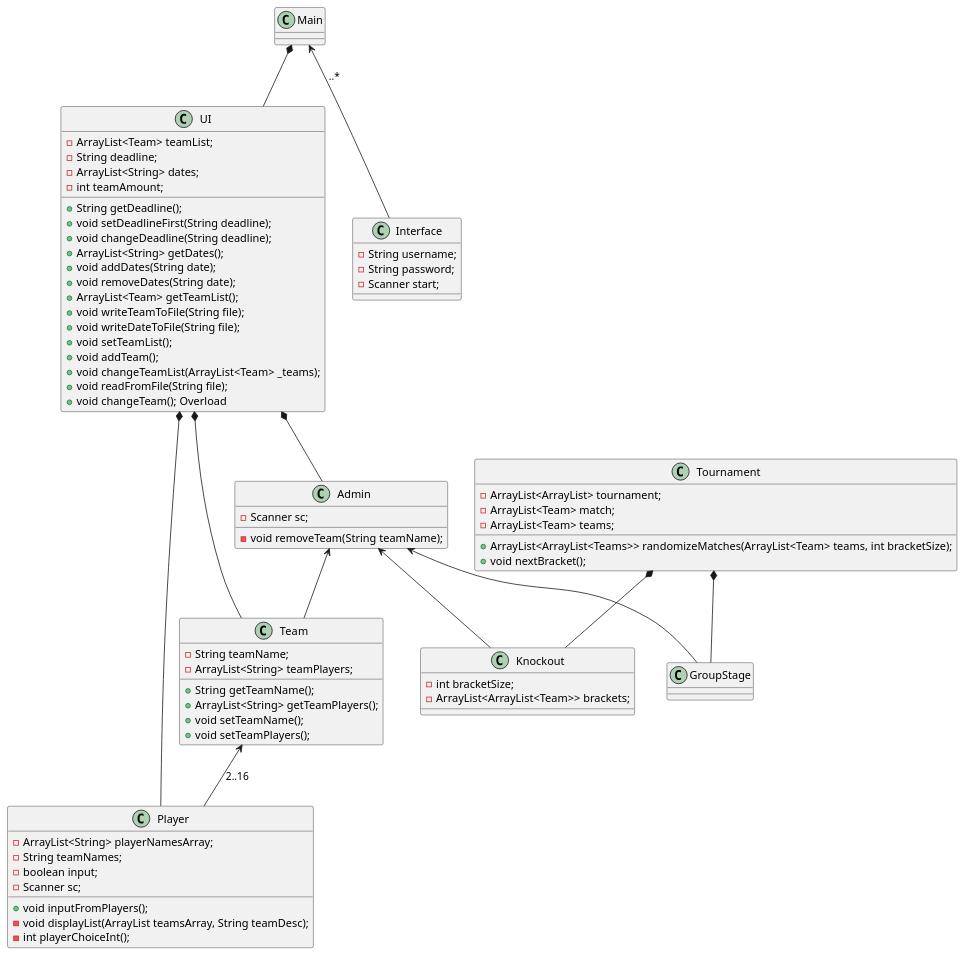
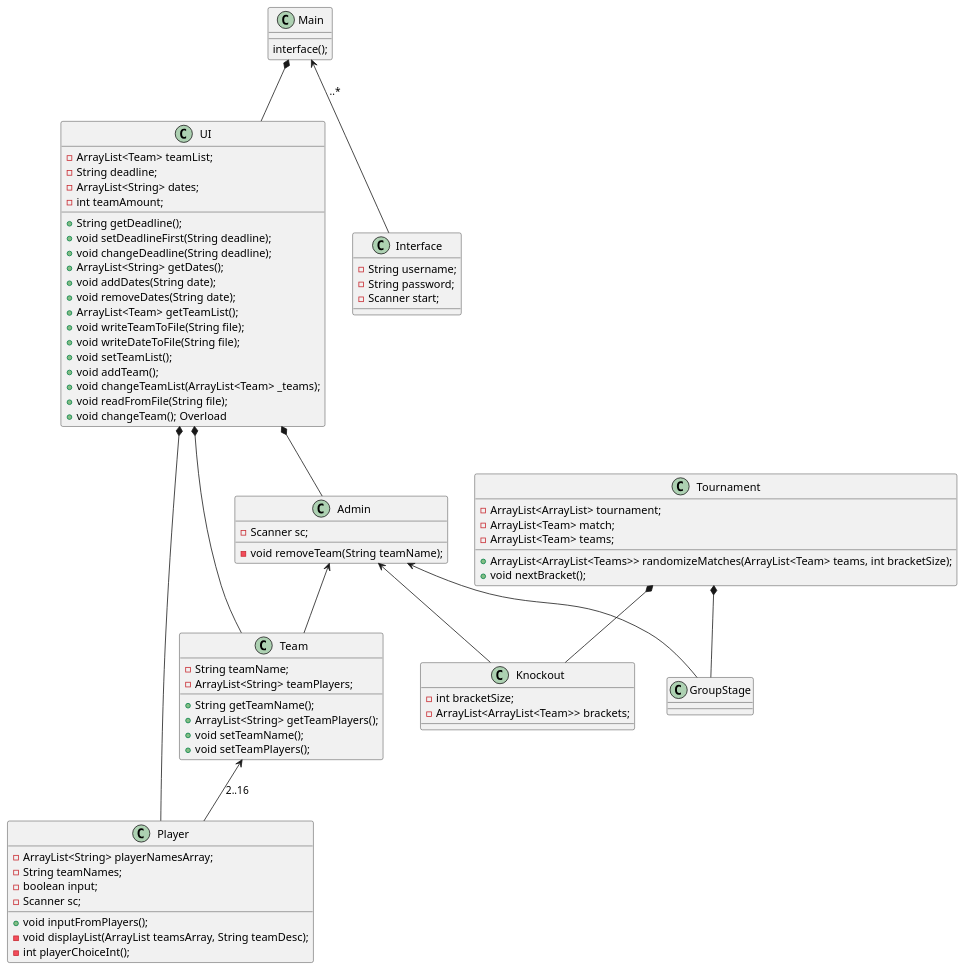
The diagram in SP3/Class Diagram.puml (EmmsDK/Gruppe-4), drawn with PlantUML before and after one commit.

```diff
--- a/SP3/Class Diagram.puml
+++ b/SP3/Class Diagram.puml
@@ -1,101 +1,101 @@
 @startuml
 class Main {
-
+    interface();
 
 }
 
 Main *-- UI
 
 class UI{
     - ArrayList<Team> teamList;
     - String deadline;
     - ArrayList<String> dates;
     - int teamAmount;
     + String getDeadline();
     + void setDeadlineFirst(String deadline);
     + void changeDeadline(String deadline);
     + ArrayList<String> getDates();
     + void addDates(String date);
     + void removeDates(String date);
     + ArrayList<Team> getTeamList();
     + void writeTeamToFile(String file);
     + void writeDateToFile(String file);
     + void setTeamList();
     + void addTeam();
     + void changeTeamList(ArrayList<Team> _teams);
     + void readFromFile(String file);
     + void changeTeam(); Overload
 }
 
 UI *-- Player
 UI *-- Team
 UI *-- Admin
 
 class Player{
     - ArrayList<String> playerNamesArray;
     - String teamNames;
     - boolean input;
     - Scanner sc;
 
     + void inputFromPlayers();
     - void displayList(ArrayList teamsArray, String teamDesc);
     - int playerChoiceInt();
 }
 
 class Team{
     - String teamName;
     - ArrayList<String> teamPlayers;
     + String getTeamName();
     + ArrayList<String> getTeamPlayers();
     + void setTeamName();
     + void setTeamPlayers();
 
 
 }
 
 class Admin{
     - Scanner sc;
     - void removeTeam(String teamName);
 
 
 }
 
 
 class Knockout{
     - int bracketSize;
     - ArrayList<ArrayList<Team>> brackets;
 
 
 }
 
 class GroupStage{
 
 
 }
 
 class Tournament{
     - ArrayList<ArrayList> tournament;
     - ArrayList<Team> match;
     - ArrayList<Team> teams;
     + ArrayList<ArrayList<Teams>> randomizeMatches(ArrayList<Team> teams, int bracketSize);
     + void nextBracket();
 
 }
 
 class Interface {
     - String username;
     - String password;
     - Scanner start;
 }
 
 Team <-- Player : 2..16
 Main <-- Interface : ..*
 Admin <-- Knockout
 Admin <-- GroupStage
 Admin <-- Team
 
 Tournament *-- Knockout
 Tournament *-- GroupStage
 
 
 @enduml
```
